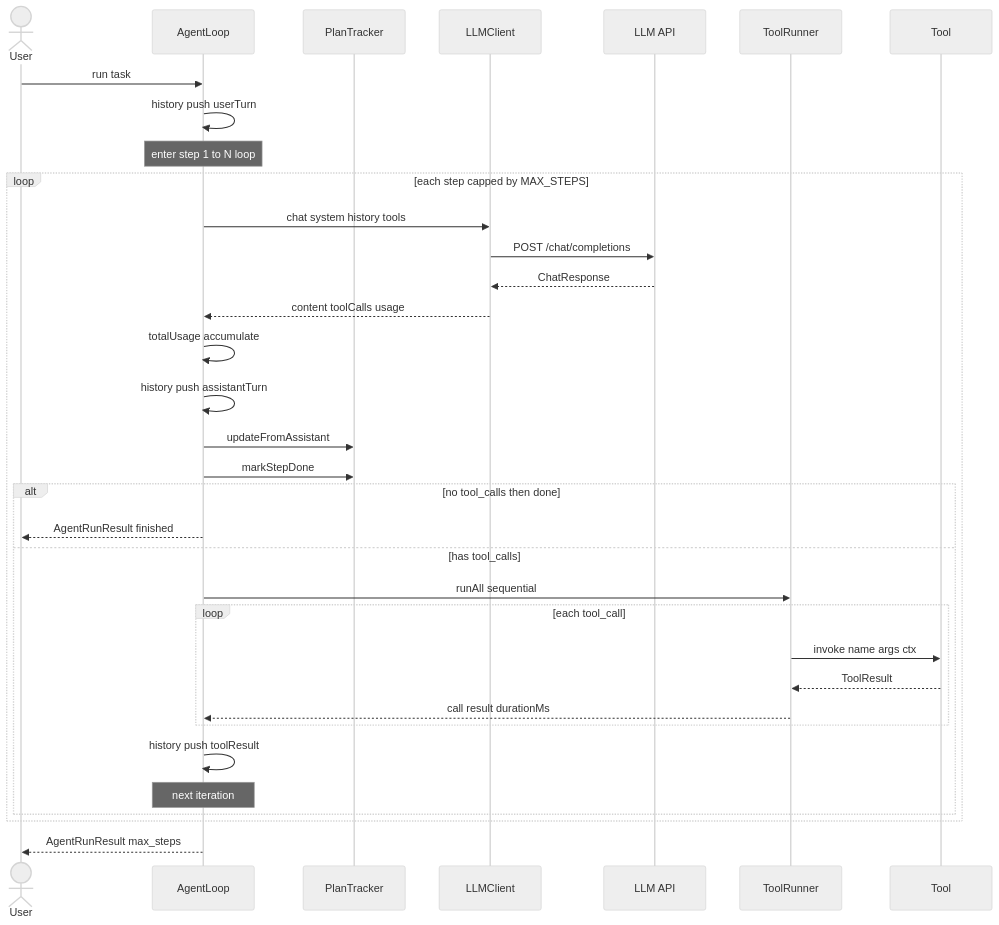
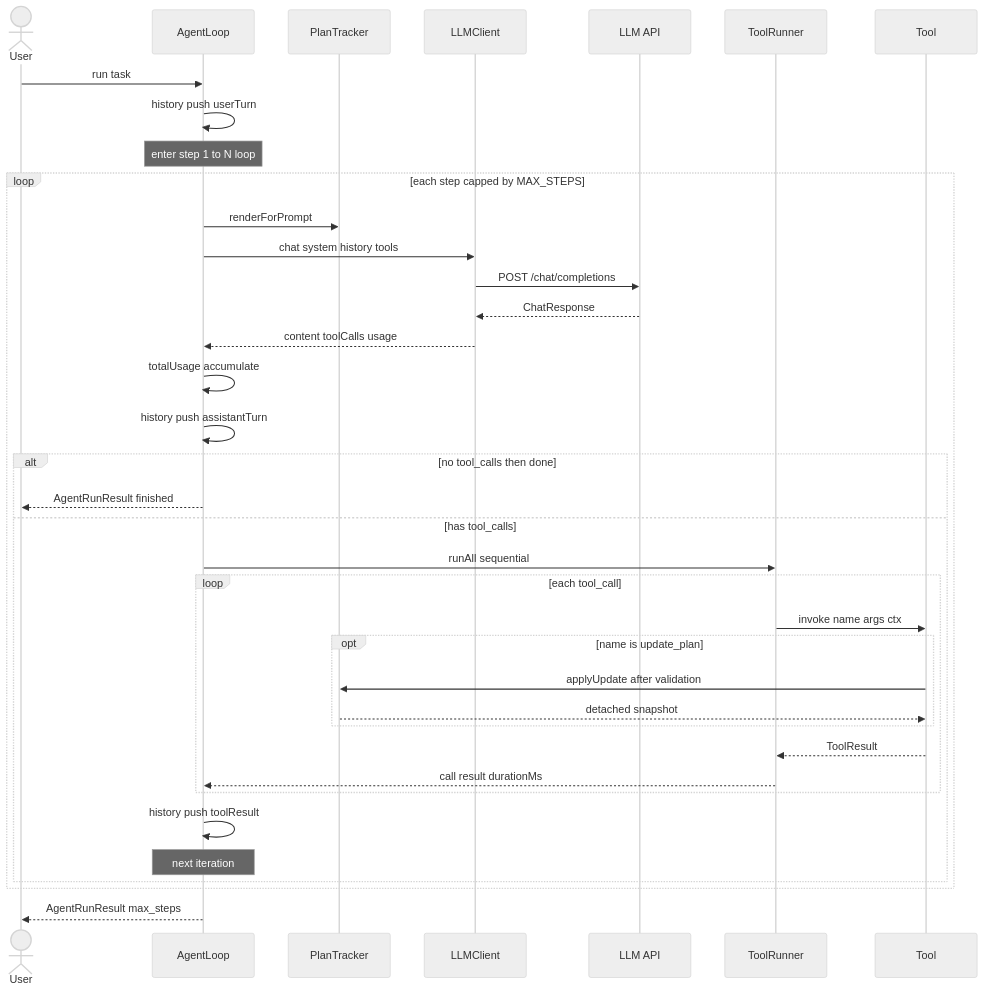
One commit to Tianlang-2000/swe-agent changed the second of 2 diagrams in README.en.md. Above: the diagram before and after it, drawn with Mermaid (neutral theme). The commit also changed other lines of this file and 9 other files, not shown here.

````diff
--- a/README.en.md
+++ b/README.en.md
@@ -146,40 +146,43 @@
 ```mermaid
 sequenceDiagram
     actor U as User
     participant L as AgentLoop
     participant P as PlanTracker
     participant C as LLMClient
     participant A as LLM API
     participant R as ToolRunner
     participant T as Tool
 
     U->>L: run task
     L->>L: history push userTurn
     Note over L: enter step 1 to N loop
 
     loop each step capped by MAX_STEPS
+        L->>P: renderForPrompt
         L->>C: chat system history tools
         C->>A: POST /chat/completions
         A-->>C: ChatResponse
         C-->>L: content toolCalls usage
         L->>L: totalUsage accumulate
         L->>L: history push assistantTurn
-        L->>P: updateFromAssistant
-        L->>P: markStepDone
 
         alt no tool_calls then done
             L-->>U: AgentRunResult finished
         else has tool_calls
             L->>R: runAll sequential
             loop each tool_call
                 R->>T: invoke name args ctx
+                opt name is update_plan
+                    T->>P: applyUpdate after validation
+                    P-->>T: detached snapshot
+                end
                 T-->>R: ToolResult
                 R-->>L: call result durationMs
             end
             L->>L: history push toolResult
             Note over L: next iteration
         end
     end
 
     L-->>U: AgentRunResult max_steps
 ```
````
